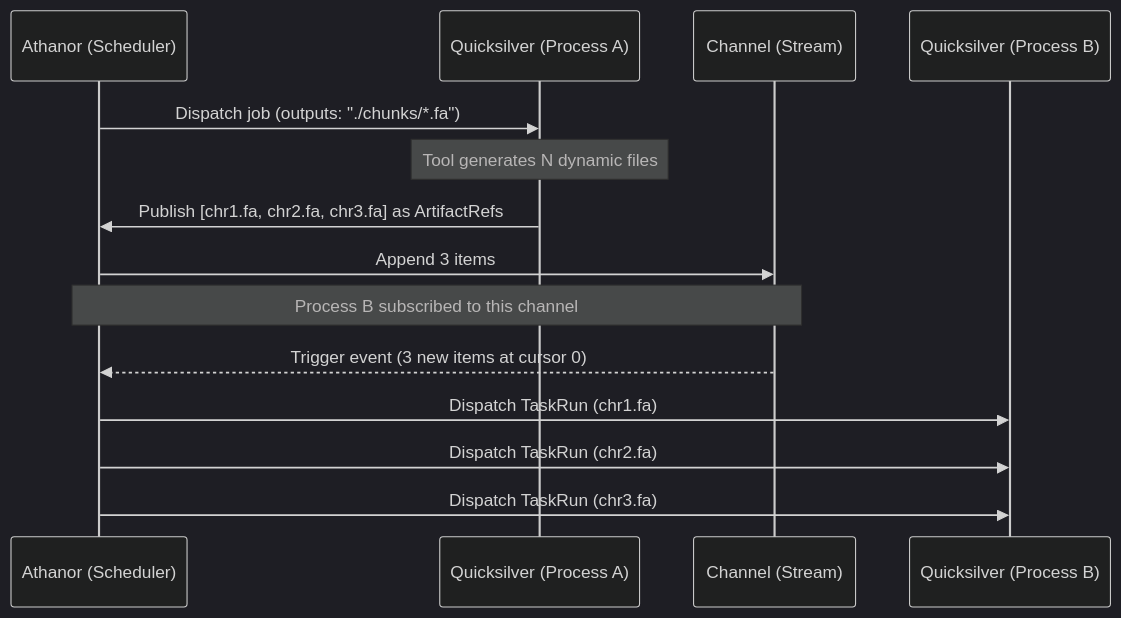
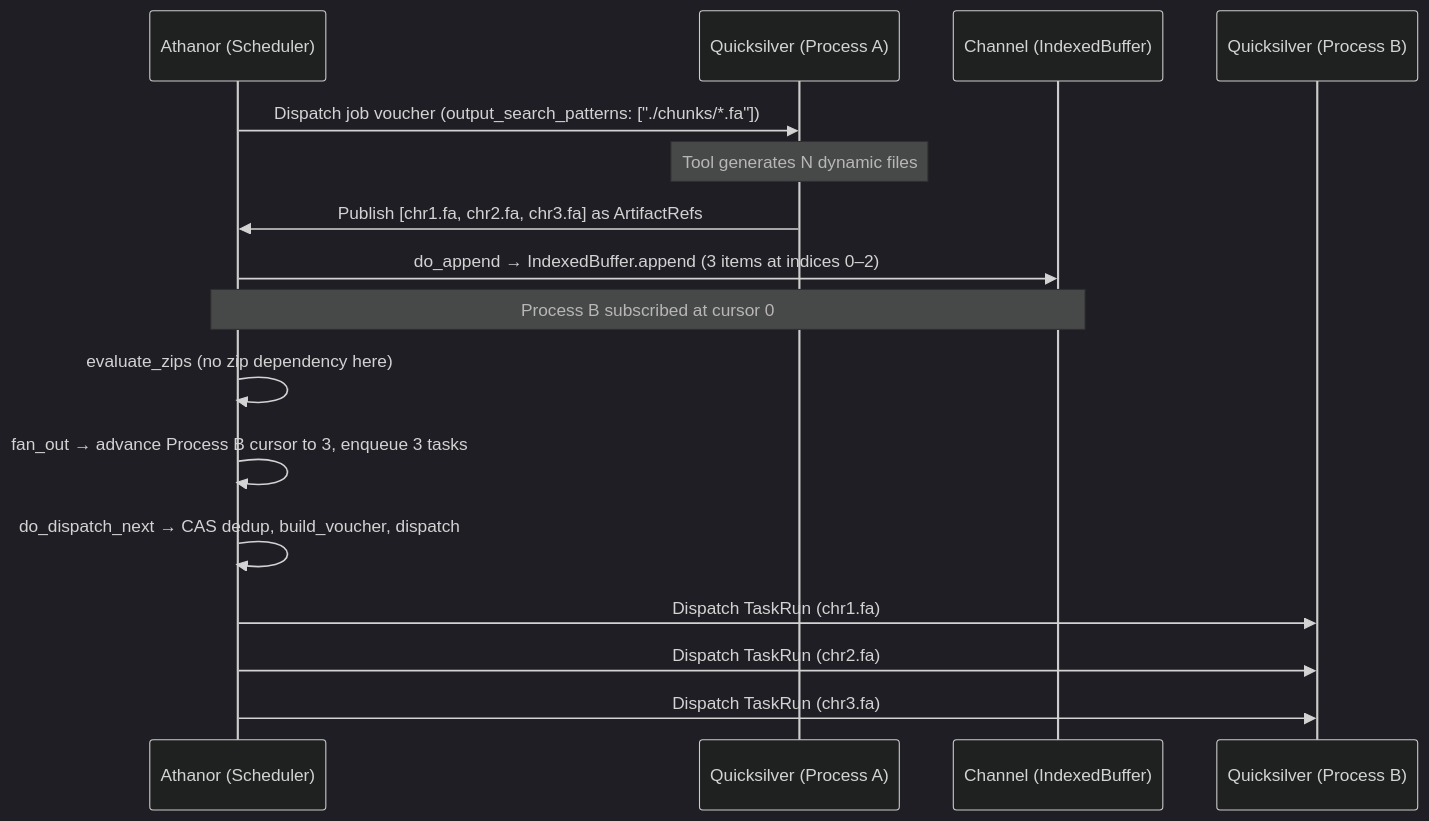
The fourth of 8 diagrams in docs/guide/architecture.md (john-eevee/azoth), drawn with Mermaid (dark theme) before and after one commit. The commit also changed other lines of this file, not shown here.

First line of the commit message:
docs: update architecture diagrams to reflect actual Athanor modules

````diff
--- a/docs/guide/architecture.md
+++ b/docs/guide/architecture.md
@@ -200,17 +247,19 @@
 ```mermaid
 sequenceDiagram
     participant A as Athanor (Scheduler)
     participant Q1 as Quicksilver (Process A)
-    participant C as Channel (Stream)
+    participant C as Channel (IndexedBuffer)
     participant Q2 as Quicksilver (Process B)
 
-    A->>Q1: Dispatch job (outputs: "./chunks/*.fa")
+    A->>Q1: Dispatch job voucher (output_search_patterns: ["./chunks/*.fa"])
     Note over Q1: Tool generates N dynamic files
     Q1->>A: Publish [chr1.fa, chr2.fa, chr3.fa] as ArtifactRefs
-    A->>C: Append 3 items
-    Note over A,C: Process B subscribed to this channel
-    C-->>A: Trigger event (3 new items at cursor 0)
+    A->>C: do_append → IndexedBuffer.append (3 items at indices 0–2)
+    Note over A,C: Process B subscribed at cursor 0
+    A->>A: evaluate_zips (no zip dependency here)
+    A->>A: fan_out → advance Process B cursor to 3, enqueue 3 tasks
+    A->>A: do_dispatch_next → CAS dedup, build_voucher, dispatch
     A->>Q2: Dispatch TaskRun (chr1.fa)
     A->>Q2: Dispatch TaskRun (chr2.fa)
     A->>Q2: Dispatch TaskRun (chr3.fa)
 ```
````
